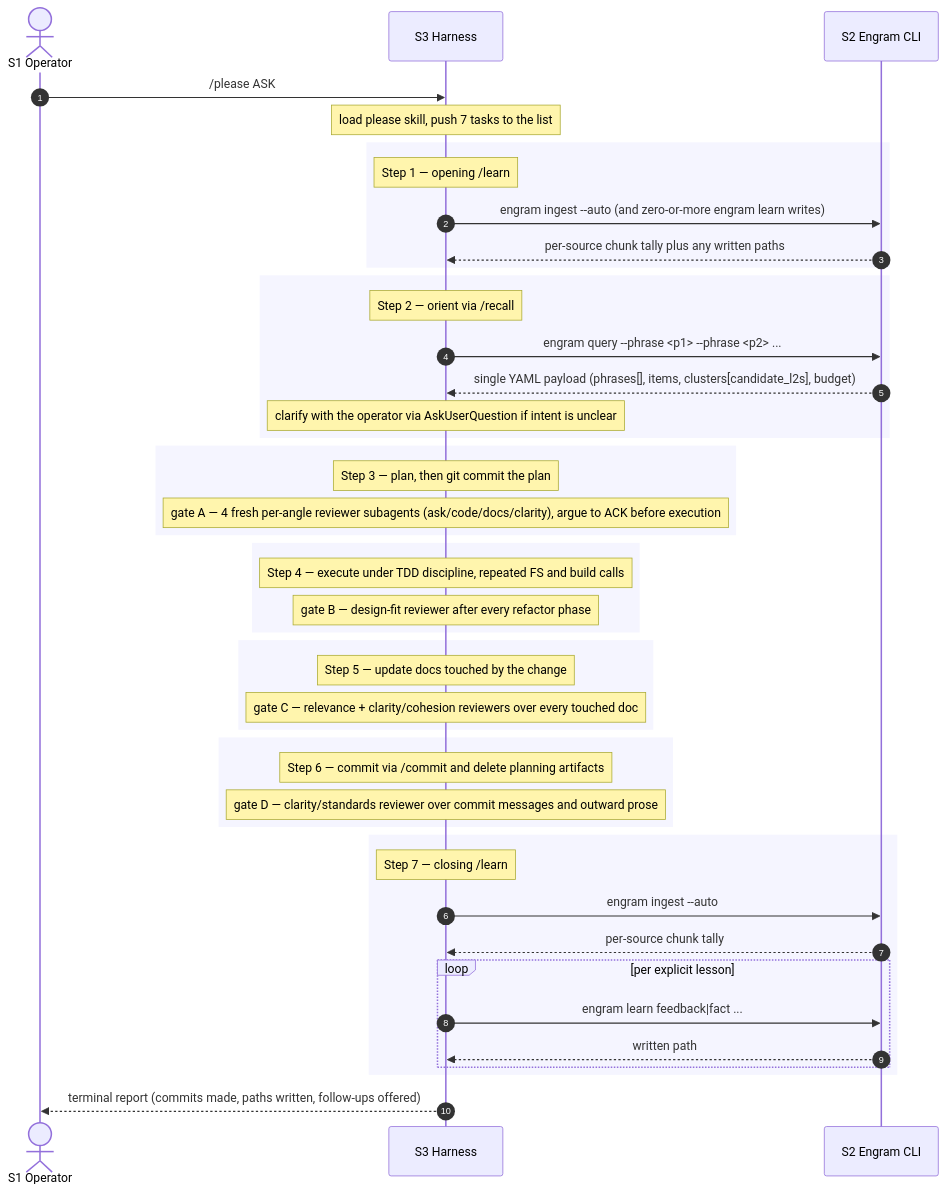
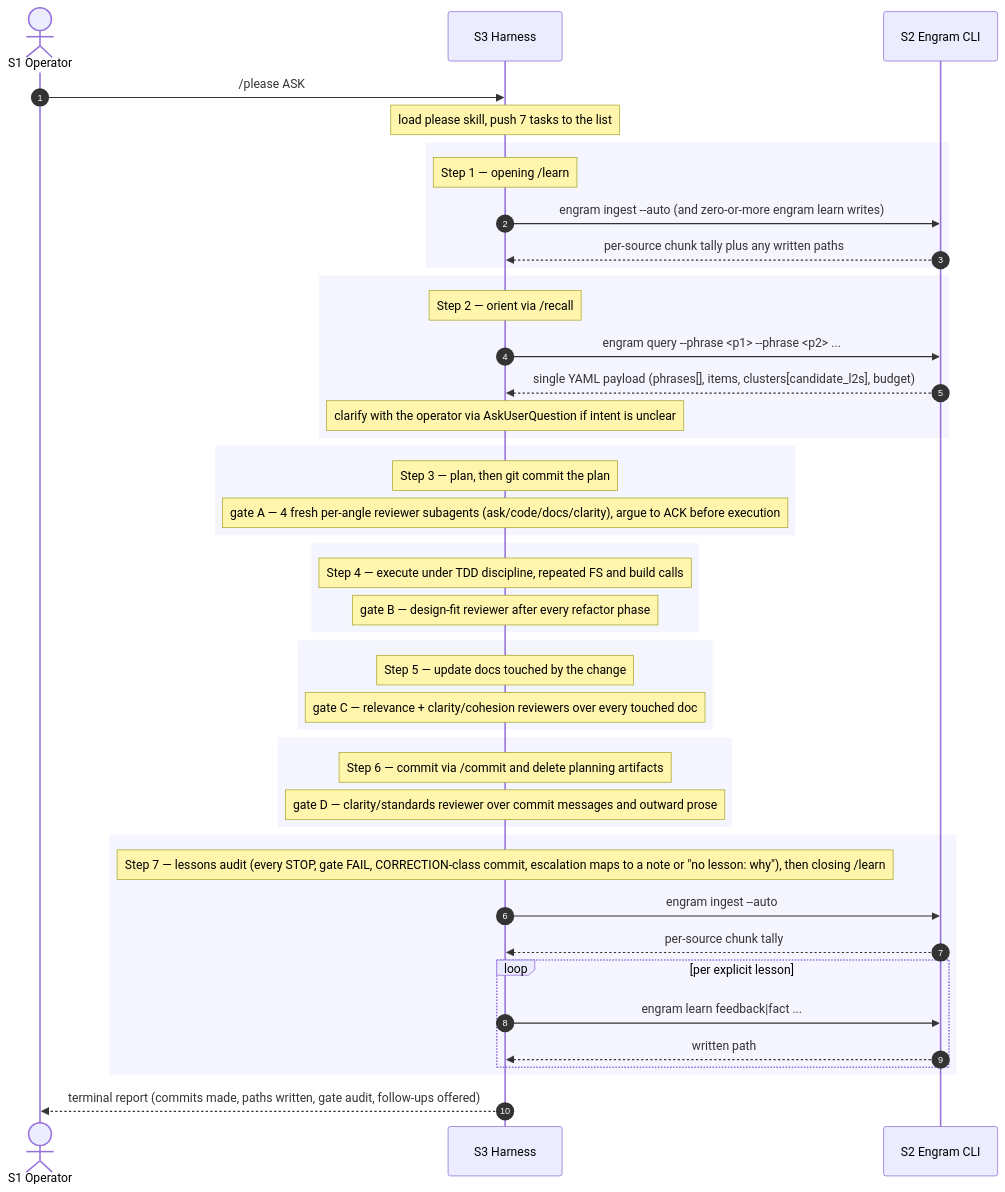
The fourth of 8 diagrams in docs/architecture/c1-system-context.md (toejough/engram), drawn with Mermaid before and after one commit. The commit also changed other lines of this file and 2 other files, not shown here.

First line of the commit message:
docs(architecture): six feature diagrams — recall, learn, gates, vocab, QA, ingest

````diff
--- a/docs/architecture/c1-system-context.md
+++ b/docs/architecture/c1-system-context.md
@@ -250,55 +250,55 @@
 ```mermaid
 sequenceDiagram
     autonumber
     actor Op as S1 Operator
     participant H as S3 Harness
     participant E as S2 Engram CLI
 
     Op->>H: /please ASK
     Note over H: load please skill, push 7 tasks to the list
 
     rect rgb(245,245,255)
         Note over H: Step 1 — opening /learn
         H->>E: engram ingest --auto (and zero-or-more engram learn writes)
         E-->>H: per-source chunk tally plus any written paths
     end
 
     rect rgb(245,245,255)
         Note over H: Step 2 — orient via /recall
         H->>E: engram query --phrase <p1> --phrase <p2> ...
         E-->>H: single YAML payload (phrases[], items, clusters[candidate_l2s], budget)
         Note over H: clarify with the operator via AskUserQuestion if intent is unclear
     end
 
     rect rgb(245,245,255)
         Note over H: Step 3 — plan, then git commit the plan
         Note over H: gate A — 4 fresh per-angle reviewer subagents (ask/code/docs/clarity), argue to ACK before execution
     end
 
     rect rgb(245,245,255)
         Note over H: Step 4 — execute under TDD discipline, repeated FS and build calls
         Note over H: gate B — design-fit reviewer after every refactor phase
     end
 
     rect rgb(245,245,255)
         Note over H: Step 5 — update docs touched by the change
         Note over H: gate C — relevance + clarity/cohesion reviewers over every touched doc
     end
 
     rect rgb(245,245,255)
         Note over H: Step 6 — commit via /commit and delete planning artifacts
         Note over H: gate D — clarity/standards reviewer over commit messages and outward prose
     end
 
     rect rgb(245,245,255)
-        Note over H: Step 7 — closing /learn
+        Note over H: Step 7 — lessons audit (every STOP, gate FAIL, CORRECTION-class commit, escalation maps to a note or "no lesson: why"), then closing /learn
         H->>E: engram ingest --auto
         E-->>H: per-source chunk tally
         loop per explicit lesson
             H->>E: engram learn feedback|fact ...
             E-->>H: written path
         end
     end
 
-    H-->>Op: terminal report (commits made, paths written, follow-ups offered)
+    H-->>Op: terminal report (commits made, paths written, gate audit, follow-ups offered)
 ```
````
